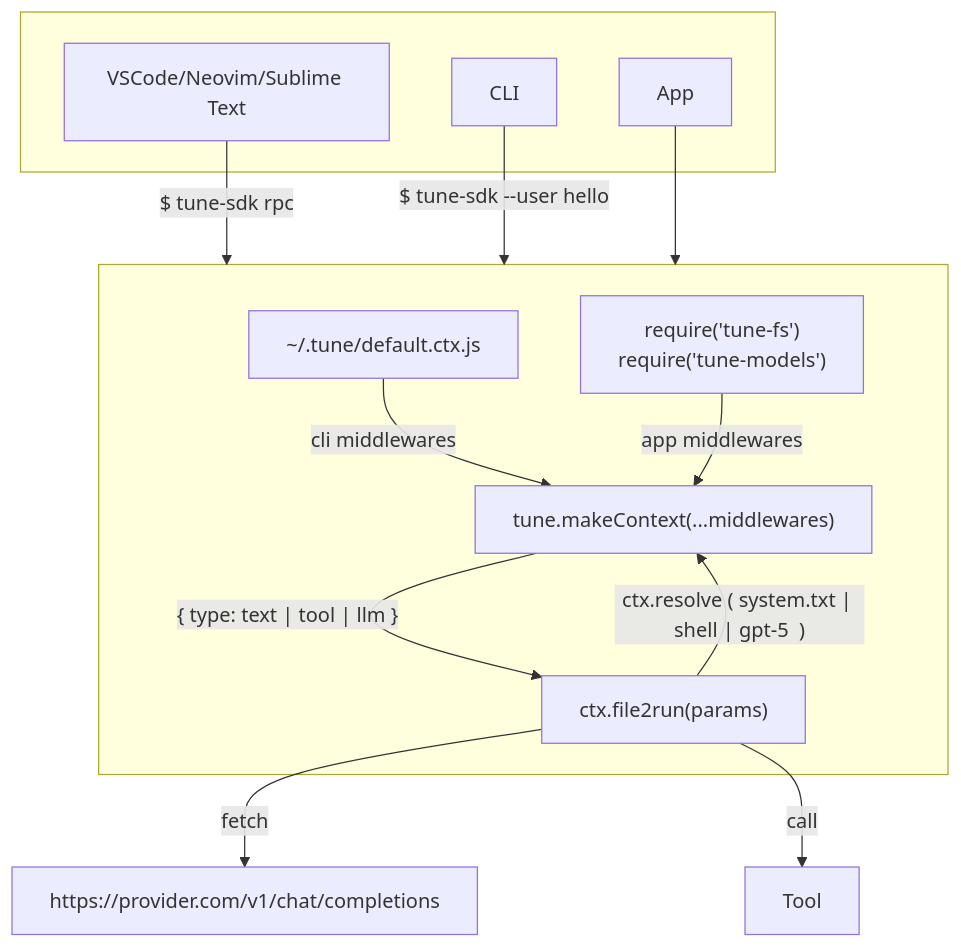
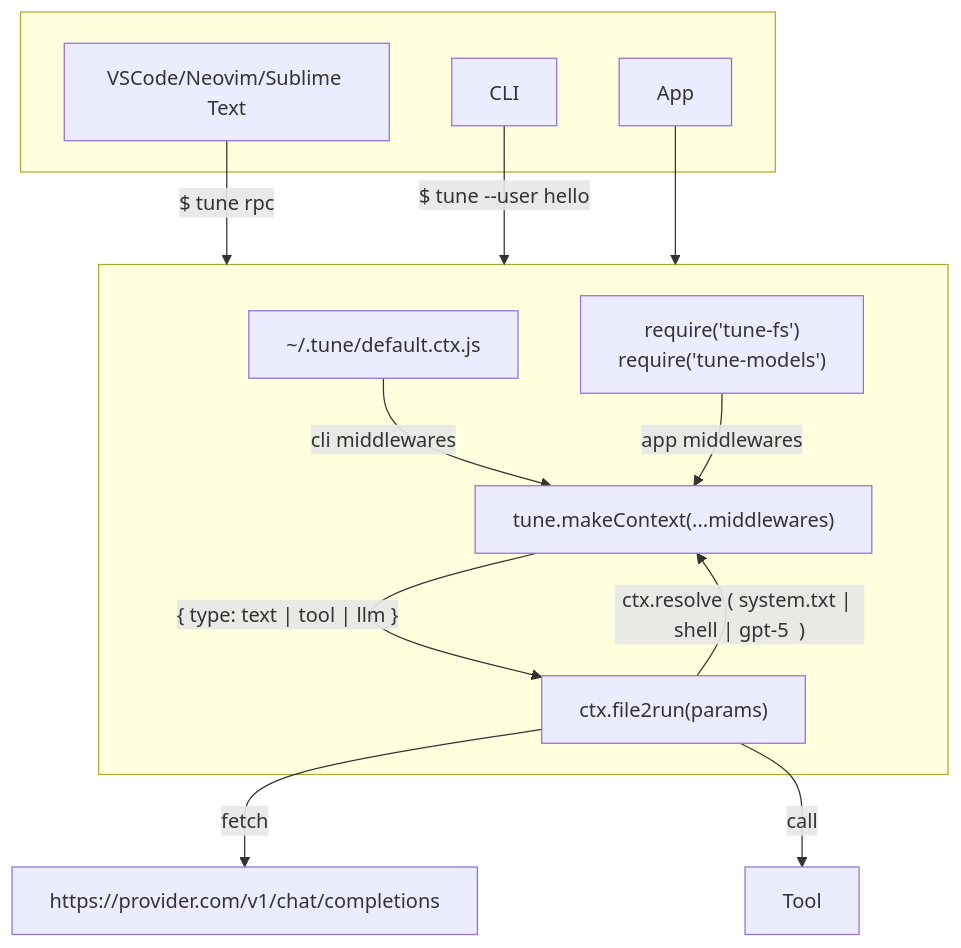
One commit to iovdin/tune changed the diagram in README.md. Above: the diagram before and after it, drawn with Mermaid. The commit also changed other lines of this file and 4 other files, not shown here.

First line of the commit message:
refactor: Rename tune-sdk to tune

````diff
--- a/README.md
+++ b/README.md
@@ -46,33 +46,33 @@
 ```mermaid
 flowchart TD 
 
   subgraph Entry[" "]
     Editor["VSCode/Neovim/Sublime Text"]
     CLI["CLI"]
     App["App"]
   end
 
   subgraph Core[" "]
     MD1["~/.tune/default.ctx.js"]
     MD2["require('tune-fs')
 require('tune-models')
 "]
     CTX["tune.makeContext(...middlewares)"]
     F2R["ctx.file2run(params)"]
   end
 
   
   MD1 --> |cli middlewares| CTX
   MD2 --> |app middlewares| CTX
-  Editor -->| $ tune-sdk rpc | Core
-  CLI --> | $ tune-sdk --user hello | Core
+  Editor -->| $ tune rpc | Core
+  CLI --> | $ tune --user hello | Core
   App --> Core
   
   
   
   F2R -->|ctx.resolve #40; system.txt #124; shell #124; gpt-5  #41; | CTX
   CTX -->| #123; type: text #124; tool #124; llm #125; | F2R
 
   F2R --> |fetch| LLM["https://provider.com/v1/chat/completions"]
   F2R --> |call| Tool
 ```
````
